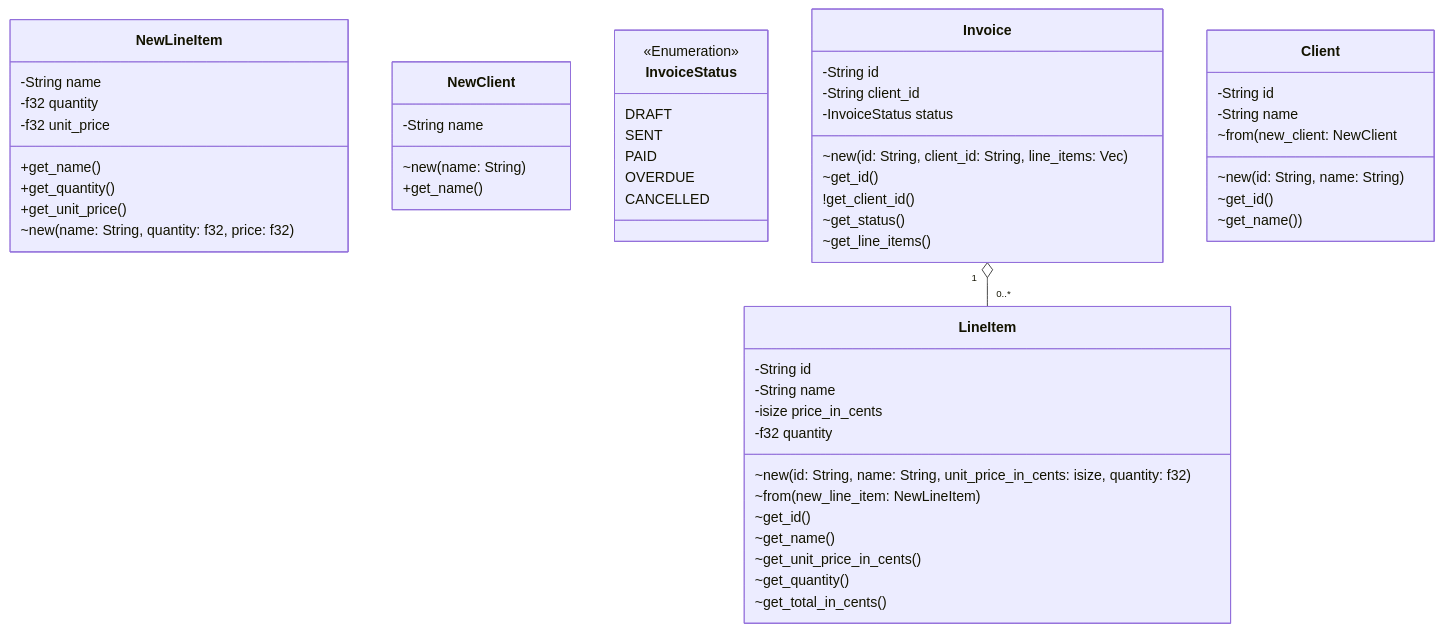
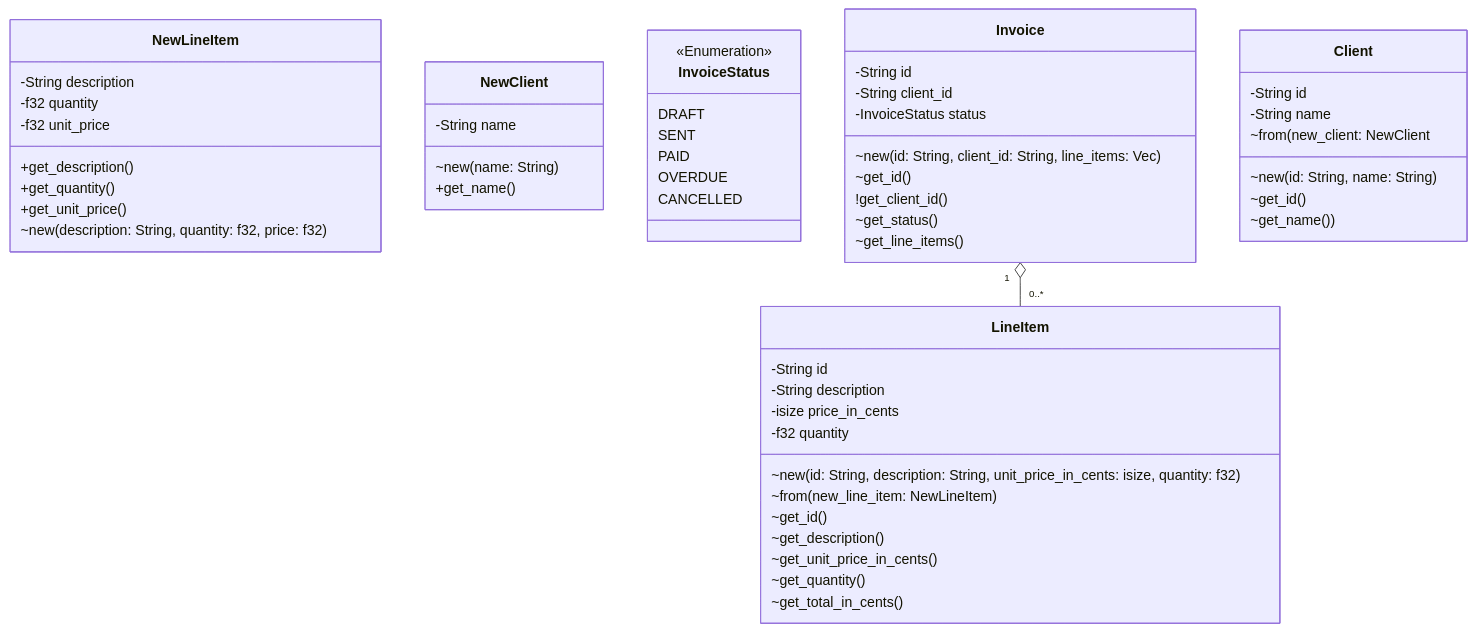
One commit to imcnaugh/finance_tracker changed the diagram in src/model/README.md. Above: the diagram before and after it, drawn with Mermaid. The commit also changed 4 other files, not shown here.

````diff
--- a/src/model/README.md
+++ b/src/model/README.md
@@ -3,71 +3,71 @@
 ```mermaid
 classDiagram
     
     class NewLineItem{
-        -String name
+        -String description
         -f32 quantity
         -f32 unit_price
         
-        +get_name()
+        +get_description()
         +get_quantity()
         +get_unit_price()
 
-        ~new(name: String, quantity: f32, price: f32)
+        ~new(description: String, quantity: f32, price: f32)
     }
     
     class NewClient{
         -String name
         
         ~new(name: String)
         +get_name()
     }
     
     class LineItem{
         -String id
-        -String name
+        -String description
         -isize price_in_cents
         -f32 quantity
         
-        ~new(id: String, name: String, unit_price_in_cents: isize, quantity: f32)
+        ~new(id: String, description: String, unit_price_in_cents: isize, quantity: f32)
         ~from(new_line_item: NewLineItem)
         ~get_id()
-        ~get_name()
+        ~get_description()
         ~get_unit_price_in_cents()
         ~get_quantity()
 
         ~get_total_in_cents()
     }
 
     
     class InvoiceStatus
     <<Enumeration>> InvoiceStatus
     InvoiceStatus : DRAFT
     InvoiceStatus : SENT
     InvoiceStatus : PAID
     InvoiceStatus : OVERDUE
     InvoiceStatus : CANCELLED
     
     class Invoice {
         -String id
         -String client_id
         -InvoiceStatus status
         
         ~new(id: String, client_id: String, line_items: Vec<LineItem>)
         ~get_id()
         !get_client_id()
         ~get_status()
         ~get_line_items()
     }
     
     class Client {
         -String id
         -String name
 
         ~from(new_client: NewClient
         ~new(id: String, name: String)
         ~get_id()
         ~get_name())
     }
     
     Invoice "1" o-- "0..*" LineItem
 ```
````
